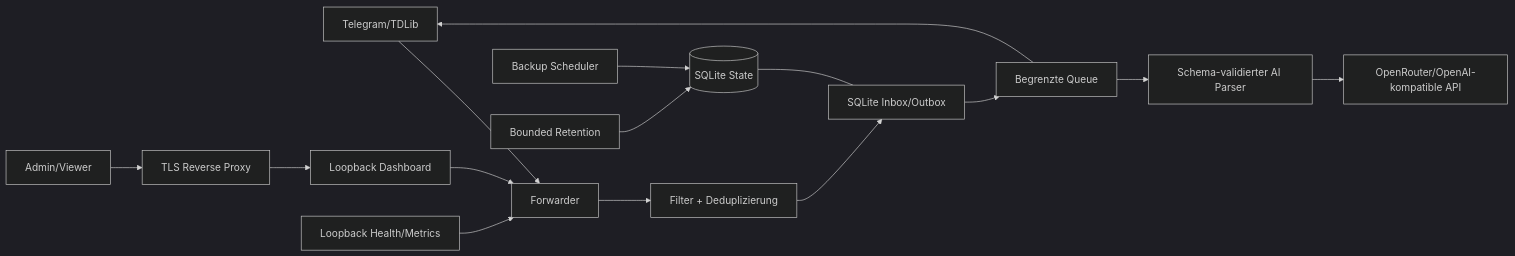
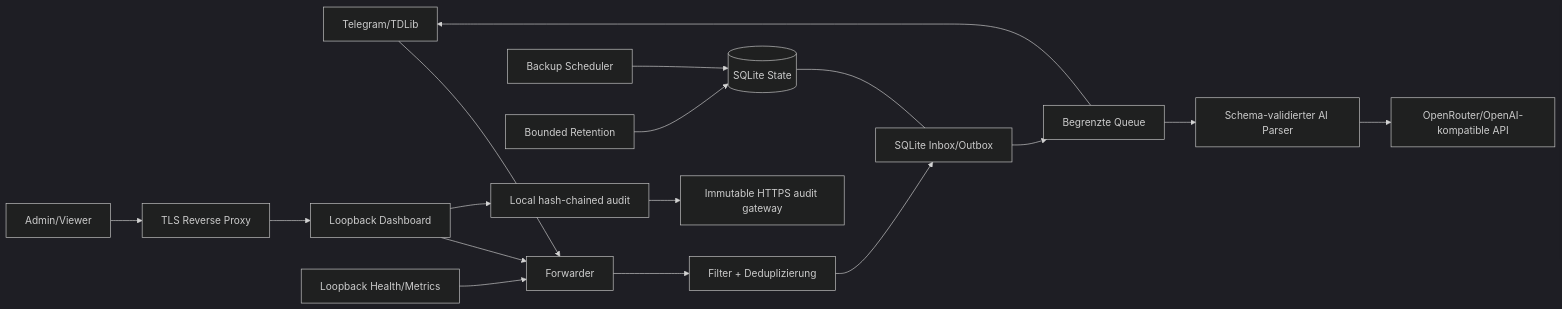
The diagram in docs/ARCHITECTURE.md (888nikush888/tsx-core), drawn with Mermaid (dark theme) before and after one commit. The commit also changed other lines of this file and 23 other files, not shown here.

````diff
--- a/docs/ARCHITECTURE.md
+++ b/docs/ARCHITECTURE.md
@@ -5,17 +5,19 @@
 ```mermaid
 flowchart LR
   TG["Telegram/TDLib"] --> F["Forwarder"]
   F --> FL["Filter + Deduplizierung"]
   FL --> O["SQLite Inbox/Outbox"]
   O --> Q["Begrenzte Queue"]
   Q --> AI["Schema-validierter AI Parser"]
   AI --> OP["OpenRouter/OpenAI-kompatible API"]
   Q --> TG
   DB[("SQLite State")] --- O
   B["Backup Scheduler"] --> DB
   R["Bounded Retention"] --> DB
   W["Loopback Dashboard"] --> F
   M["Loopback Health/Metrics"] --> F
   RP["TLS Reverse Proxy"] --> W
   Admin["Admin/Viewer"] --> RP
+  W --> AT["Local hash-chained audit"]
+  AT --> AG["Immutable HTTPS audit gateway"]
 ```
````
